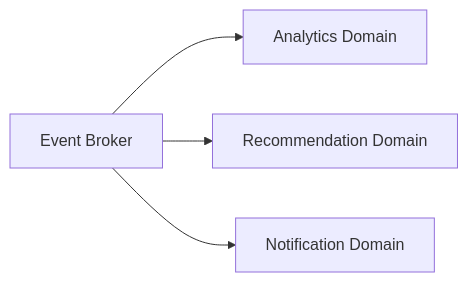
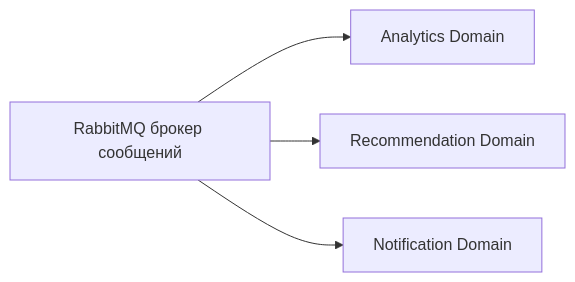
Before and after one commit to HiddenFox29/Athletica: the fifth of 7 diagrams in 03-architecture/architecture-views.md, drawn with Mermaid. The commit also changed other lines of this file and 5 other files, not shown here.

````diff
--- a/03-architecture/architecture-views.md
+++ b/03-architecture/architecture-views.md
@@ -245,7 +249,7 @@
 ```mermaid
 flowchart LR
-    Event[Event Broker]
+    Event[RabbitMQ брокер сообщений]
     Event --> Analytics[Analytics Domain]
     Event --> Recommendation[Recommendation Domain]
     Event --> Notification[Notification Domain]
 ```
````
